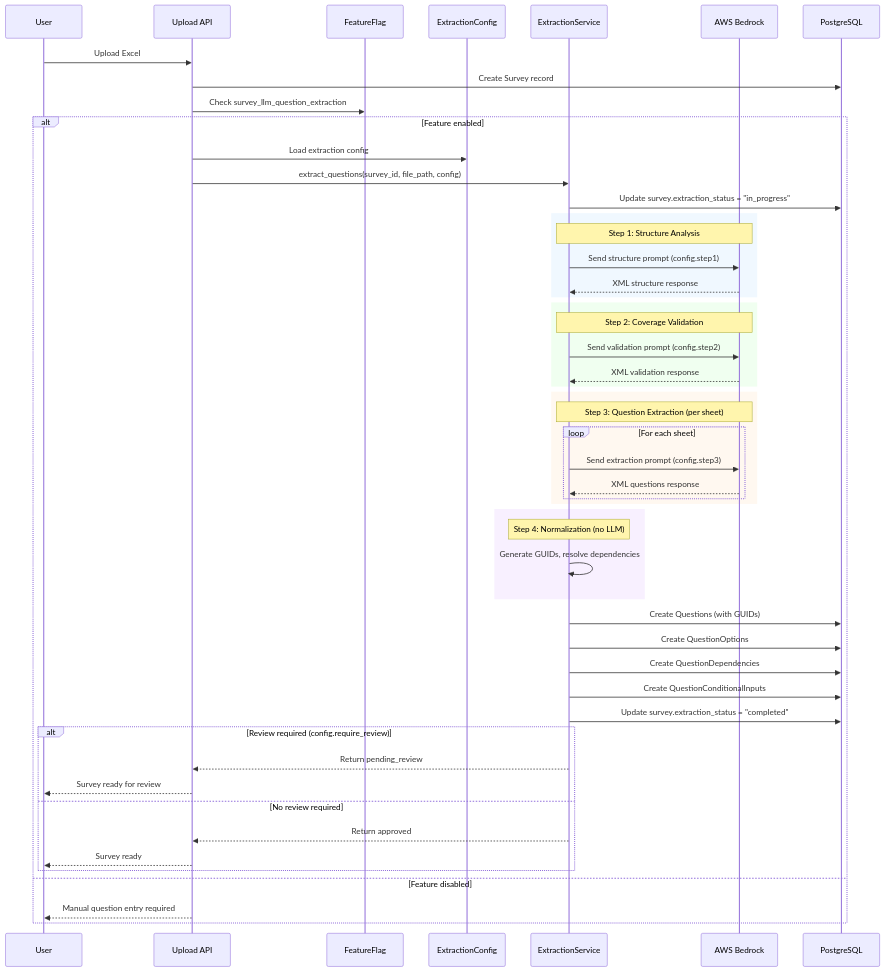
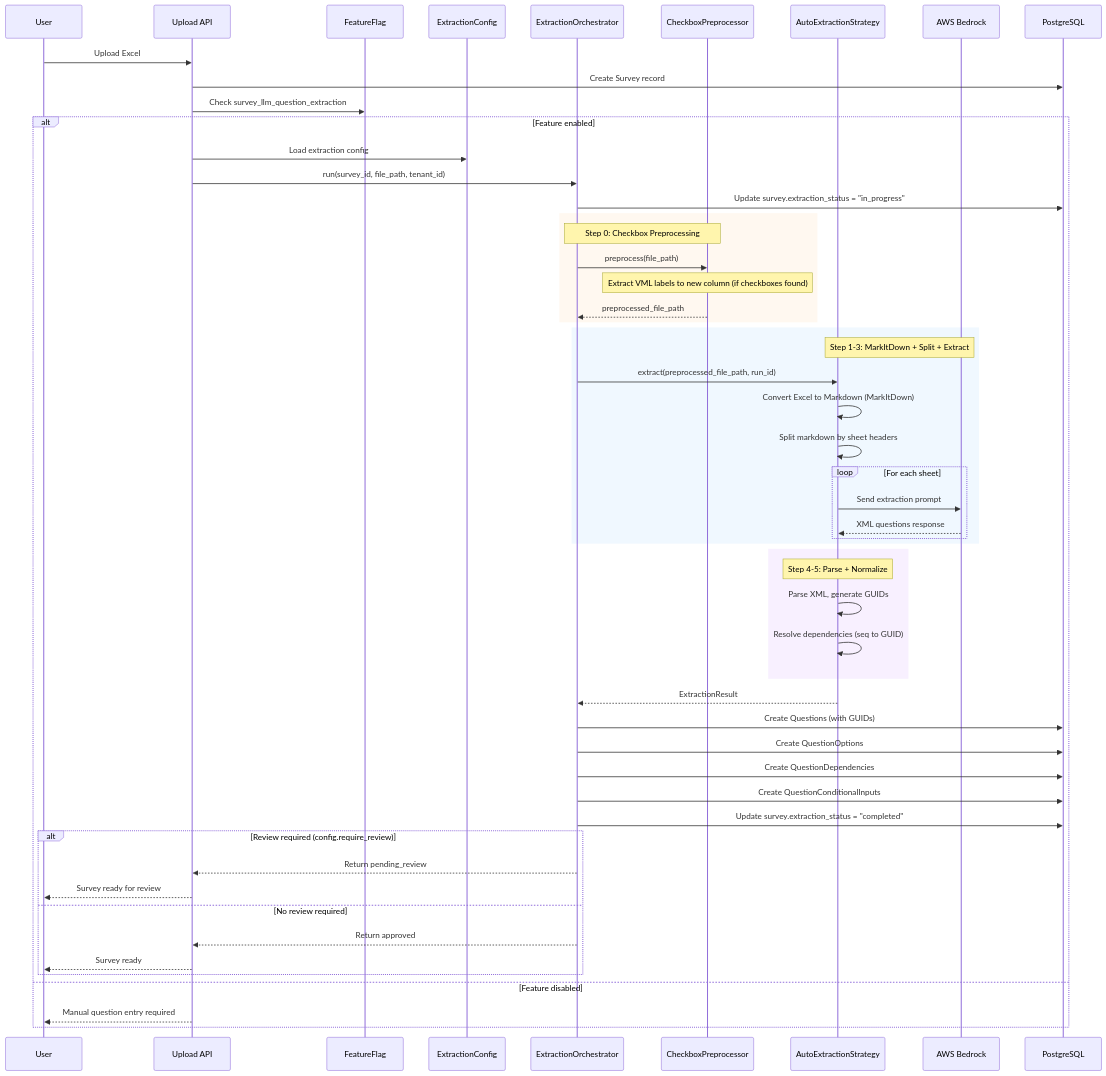
Before and after one commit to dil-pkoppany/advanced-question-extraction-poc: the third of 4 diagrams in LLM_EXTRACTION_IMPLEMENTATION_PLAN.md, drawn with Mermaid. The commit also changed other lines of this file and 2 other files, not shown here.

````diff
--- a/LLM_EXTRACTION_IMPLEMENTATION_PLAN.md
+++ b/LLM_EXTRACTION_IMPLEMENTATION_PLAN.md
@@ -257,61 +269,63 @@
 ```mermaid
 sequenceDiagram
     participant User
     participant API as Upload API
     participant FF as FeatureFlag
     participant CFG as ExtractionConfig
-    participant Svc as ExtractionService
+    participant Orch as ExtractionOrchestrator
+    participant Preproc as CheckboxPreprocessor
+    participant Svc as AutoExtractionStrategy
     participant LLM as AWS Bedrock
     participant DB as PostgreSQL
     
     User->>API: Upload Excel
     API->>DB: Create Survey record
     API->>FF: Check survey_llm_question_extraction
     
     alt Feature enabled
         API->>CFG: Load extraction config
-        API->>Svc: extract_questions(survey_id, file_path, config)
-        Svc->>DB: Update survey.extraction_status = "in_progress"
+        API->>Orch: run(survey_id, file_path, tenant_id)
+        Orch->>DB: Update survey.extraction_status = "in_progress"
+        
+        rect rgb(255, 248, 240)
+            Note over Orch,Preproc: Step 0: Checkbox Preprocessing
+            Orch->>Preproc: preprocess(file_path)
+            Note over Preproc: Extract VML labels to new column (if checkboxes found)
+            Preproc-->>Orch: preprocessed_file_path
+        end
         
         rect rgb(240, 248, 255)
-            Note over Svc,LLM: Step 1: Structure Analysis
-            Svc->>LLM: Send structure prompt (config.step1)
-            LLM-->>Svc: XML structure response
-        end
-        
-        rect rgb(240, 255, 240)
-            Note over Svc,LLM: Step 2: Coverage Validation
-            Svc->>LLM: Send validation prompt (config.step2)
-            LLM-->>Svc: XML validation response
-        end
-        
-        rect rgb(255, 248, 240)
-            Note over Svc,LLM: Step 3: Question Extraction (per sheet)
+            Note over Svc,LLM: Step 1-3: MarkItDown + Split + Extract
+            Orch->>Svc: extract(preprocessed_file_path, run_id)
+            Svc->>Svc: Convert Excel to Markdown (MarkItDown)
+            Svc->>Svc: Split markdown by sheet headers
             loop For each sheet
-                Svc->>LLM: Send extraction prompt (config.step3)
+                Svc->>LLM: Send extraction prompt
                 LLM-->>Svc: XML questions response
             end
         end
         
         rect rgb(248, 240, 255)
-            Note over Svc: Step 4: Normalization (no LLM)
-            Svc->>Svc: Generate GUIDs, resolve dependencies
+            Note over Svc: Step 4-5: Parse + Normalize
+            Svc->>Svc: Parse XML, generate GUIDs
+            Svc->>Svc: Resolve dependencies (seq to GUID)
         end
         
-        Svc->>DB: Create Questions (with GUIDs)
-        Svc->>DB: Create QuestionOptions
-        Svc->>DB: Create QuestionDependencies
-        Svc->>DB: Create QuestionConditionalInputs
-        Svc->>DB: Update survey.extraction_status = "completed"
+        Svc-->>Orch: ExtractionResult
+        Orch->>DB: Create Questions (with GUIDs)
+        Orch->>DB: Create QuestionOptions
+        Orch->>DB: Create QuestionDependencies
+        Orch->>DB: Create QuestionConditionalInputs
+        Orch->>DB: Update survey.extraction_status = "completed"
         
         alt Review required (config.require_review)
-            Svc-->>API: Return pending_review
+            Orch-->>API: Return pending_review
             API-->>User: Survey ready for review
         else No review required
-            Svc-->>API: Return approved
+            Orch-->>API: Return approved
             API-->>User: Survey ready
         end
     else Feature disabled
         API-->>User: Manual question entry required
     end
 ```
````
